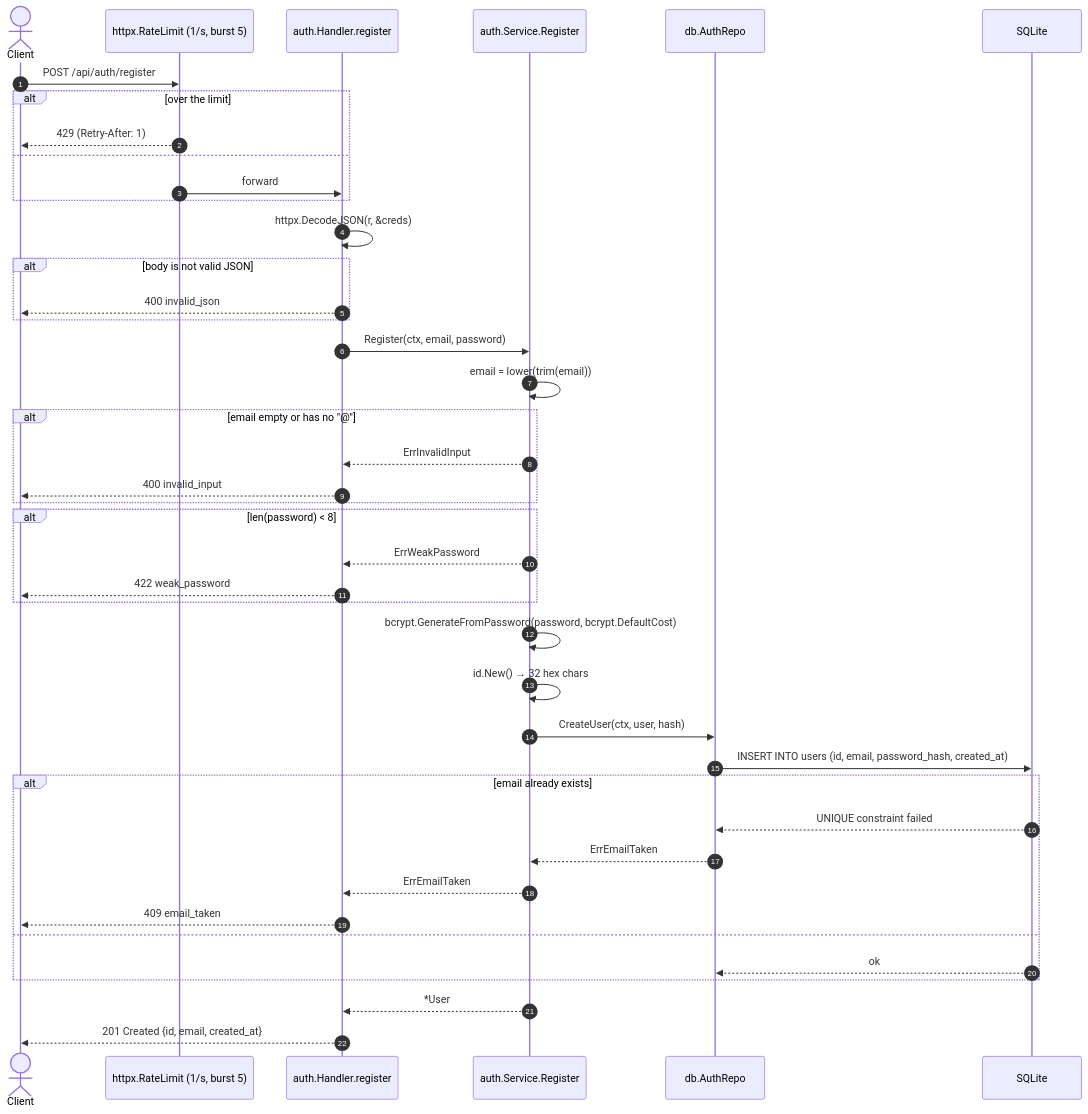
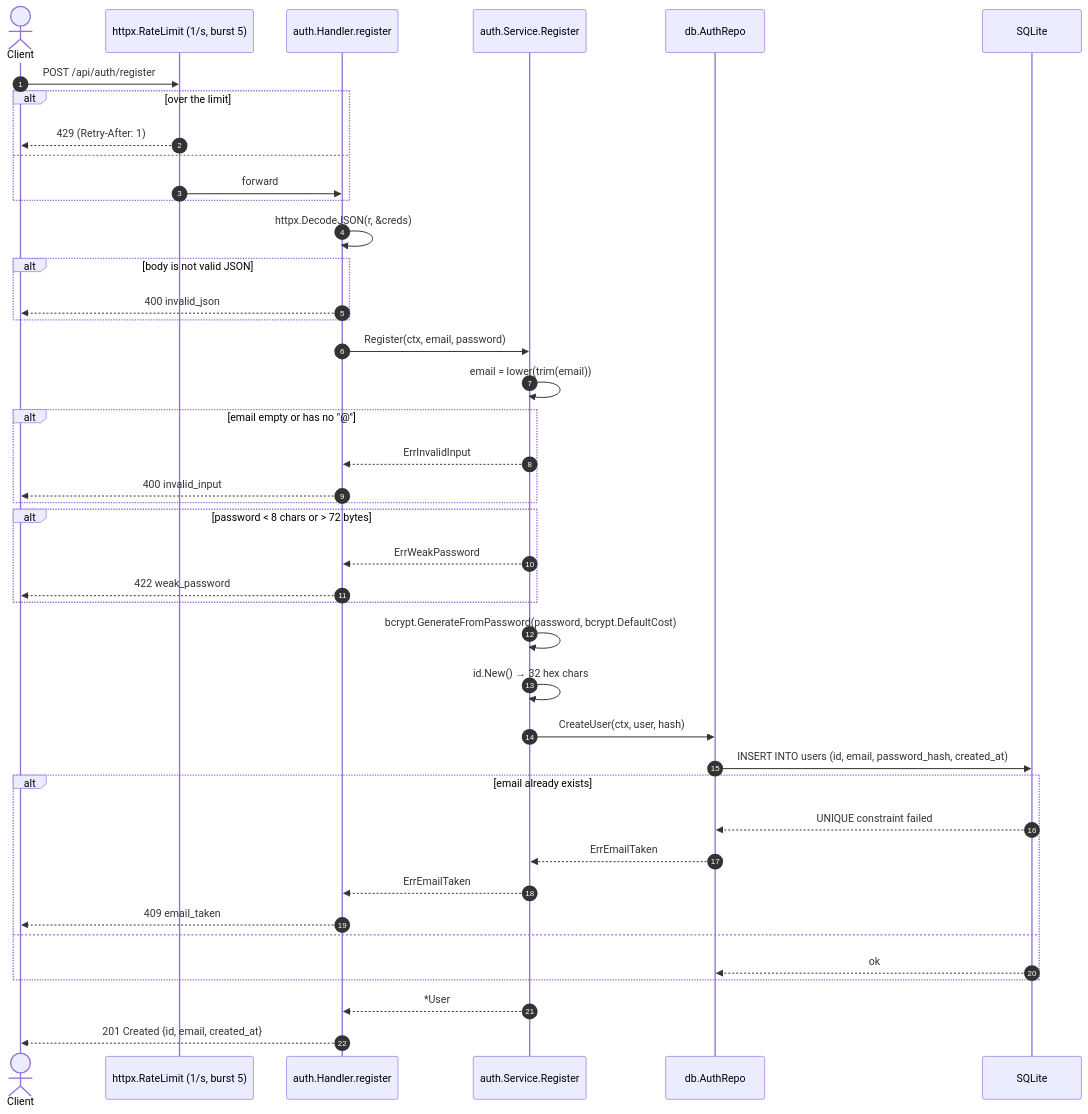
The diagram in resources/flow/auth_register.md (nhhthong/godocs), drawn with Mermaid before and after one commit. The commit also changed other lines of this file and 15 other files, not shown here.

````diff
--- a/resources/flow/auth_register.md
+++ b/resources/flow/auth_register.md
@@ -42,49 +42,49 @@
 ```mermaid
 sequenceDiagram
     autonumber
     actor Client
     participant RL as httpx.RateLimit (1/s, burst 5)
     participant H as auth.Handler.register
     participant S as auth.Service.Register
     participant R as db.AuthRepo
     participant DB as SQLite
 
     Client->>RL: POST /api/auth/register
     alt over the limit
         RL-->>Client: 429 (Retry-After: 1)
     else
         RL->>H: forward
     end
 
     H->>H: httpx.DecodeJSON(r, &creds)
     alt body is not valid JSON
         H-->>Client: 400 invalid_json
     end
 
     H->>S: Register(ctx, email, password)
     S->>S: email = lower(trim(email))
     alt email empty or has no "@"
         S-->>H: ErrInvalidInput
         H-->>Client: 400 invalid_input
     end
-    alt len(password) < 8
+    alt password < 8 chars or > 72 bytes
         S-->>H: ErrWeakPassword
         H-->>Client: 422 weak_password
     end
 
     S->>S: bcrypt.GenerateFromPassword(password, bcrypt.DefaultCost)
     S->>S: id.New() → 32 hex chars
     S->>R: CreateUser(ctx, user, hash)
     R->>DB: INSERT INTO users (id, email, password_hash, created_at)
     alt email already exists
         DB-->>R: UNIQUE constraint failed
         R-->>S: ErrEmailTaken
         S-->>H: ErrEmailTaken
         H-->>Client: 409 email_taken
     else
         DB-->>R: ok
     end
 
     S-->>H: *User
     H-->>Client: 201 Created {id, email, created_at}
 ```
````
